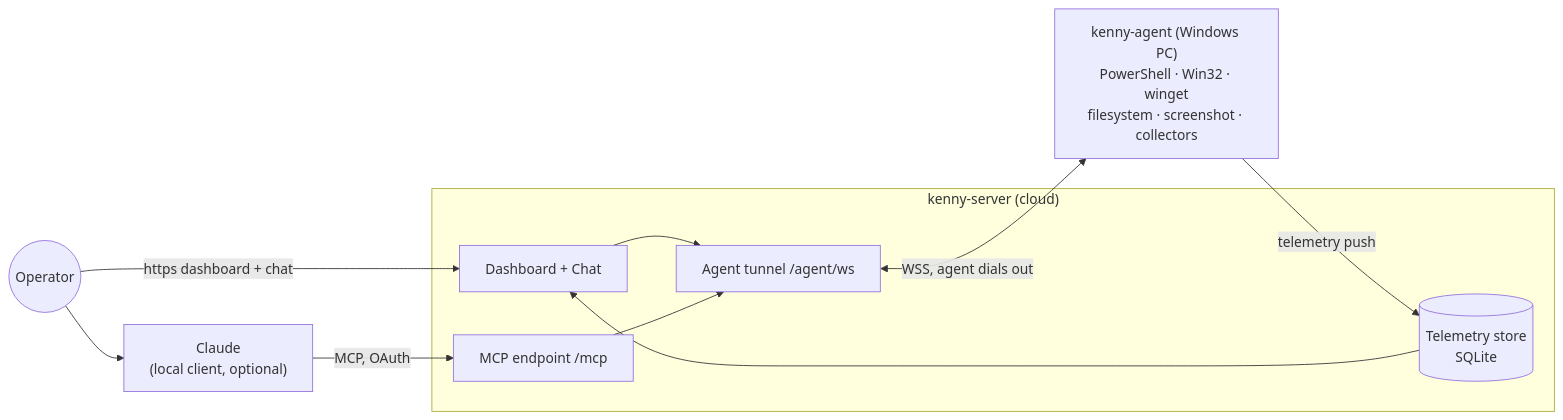
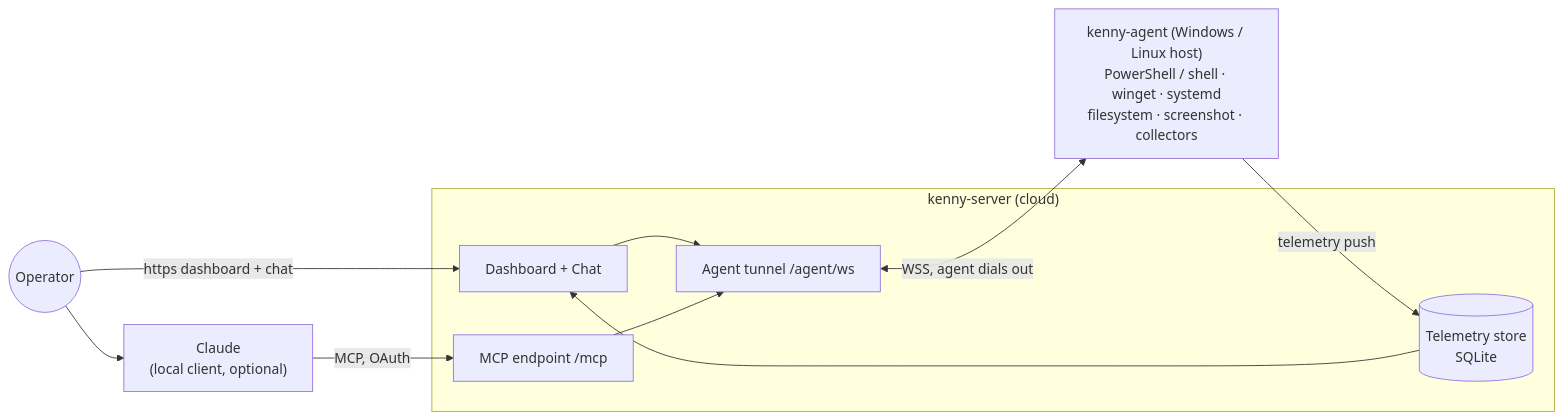
The diagram in README.md (nullthrone/kenny), drawn with Mermaid before and after one commit. The commit also changed other lines of this file and 8 other files, not shown here.

````diff
--- a/README.md
+++ b/README.md
@@ -20,20 +23,20 @@
 ```mermaid
 flowchart LR
   Operator(("Operator"))
   Claude["Claude<br/>(local client, optional)"]
   subgraph Server["kenny-server (cloud)"]
     UI["Dashboard + Chat"]
     MCP["MCP endpoint /mcp"]
     Tunnel["Agent tunnel /agent/ws"]
     Store[("Telemetry store<br/>SQLite")]
   end
-  Agent["kenny-agent (Windows PC)<br/>PowerShell · Win32 · winget<br/>filesystem · screenshot · collectors"]
+  Agent["kenny-agent (Windows / Linux host)<br/>PowerShell / shell · winget · systemd<br/>filesystem · screenshot · collectors"]
 
   Operator -->|https dashboard + chat| UI
   Operator --> Claude -->|MCP, OAuth| MCP
   UI --> Tunnel
   MCP --> Tunnel
   Tunnel <-->|WSS, agent dials out| Agent
   Agent -->|telemetry push| Store
   Store --> UI
 ```
````
